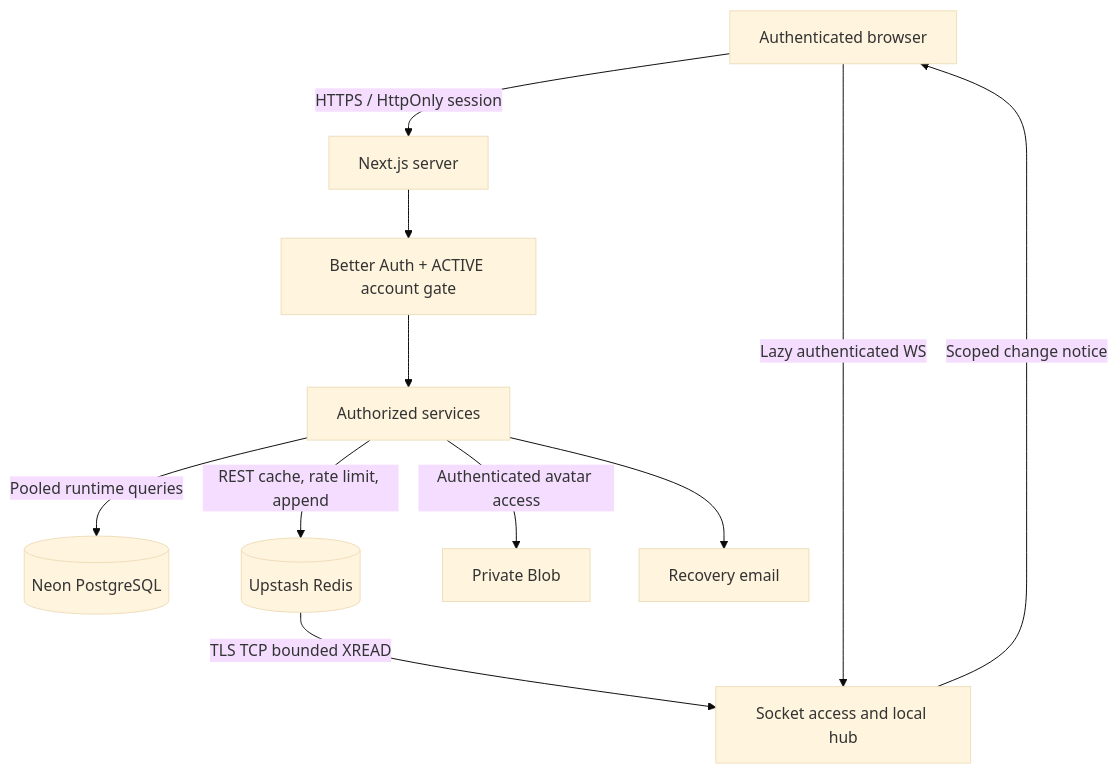
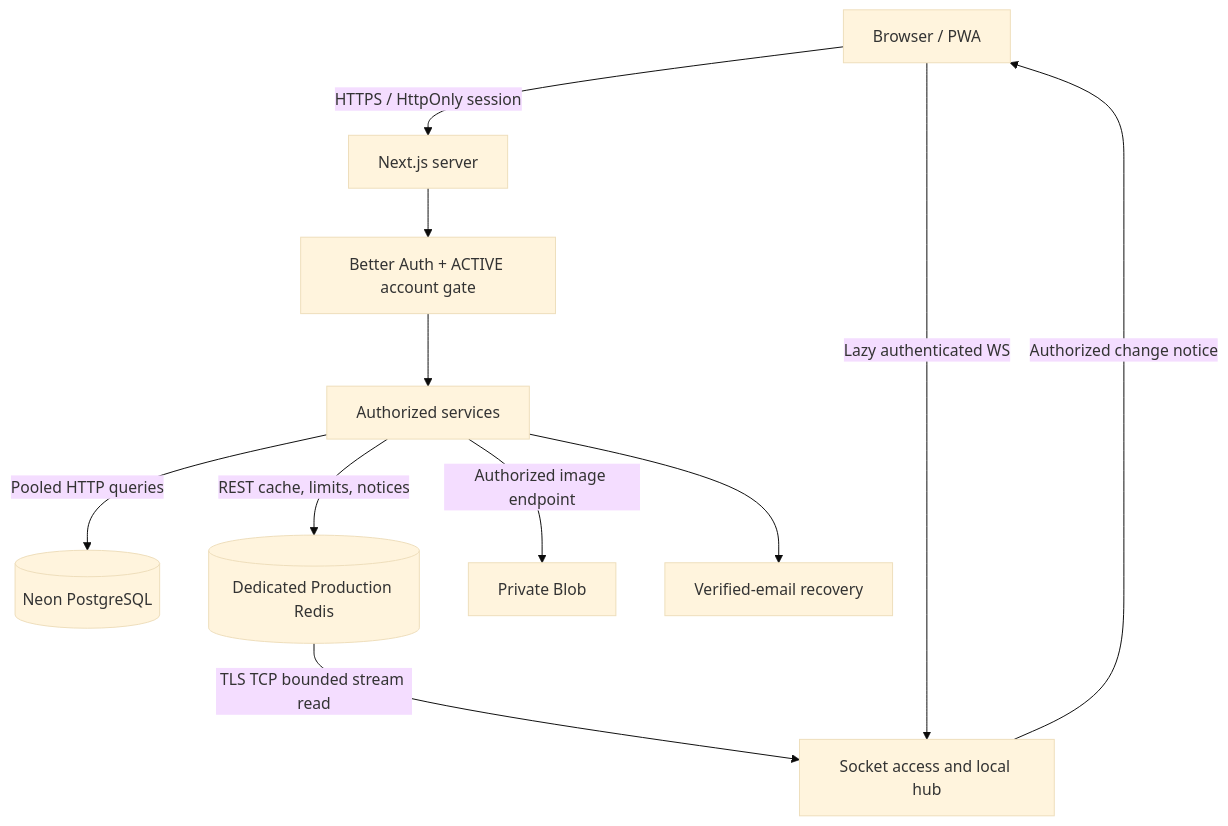
The first of 2 diagrams in docs/architecture/overview.md (hicham-4r/ims-network), drawn with Mermaid (base theme) before and after one commit. The commit also changed other lines of this file and 14 other files, not shown here.

````diff
--- a/docs/architecture/overview.md
+++ b/docs/architecture/overview.md
@@ -7,13 +7,13 @@
 ```mermaid
 flowchart TB
-  B[Authenticated browser] -->|HTTPS / HttpOnly session| N[Next.js server]
+  B[Browser / PWA] -->|HTTPS / HttpOnly session| N[Next.js server]
   N --> A[Better Auth + ACTIVE account gate]
   A --> Q[Authorized services]
-  Q -->|Pooled runtime queries| P[(Neon PostgreSQL)]
-  Q -->|REST cache, rate limit, append| R[(Upstash Redis)]
-  Q -->|Authenticated avatar access| V[Private Blob]
-  Q --> E[Recovery email]
+  Q -->|Pooled HTTP queries| P[(Neon PostgreSQL)]
+  Q -->|REST cache, limits, notices| R[(Dedicated Production Redis)]
+  Q -->|Authorized image endpoint| V[Private Blob]
+  Q --> E[Verified-email recovery]
   B -->|Lazy authenticated WS| W[Socket access and local hub]
-  R -->|TLS TCP bounded XREAD| W
-  W -->|Scoped change notice| B
+  R -->|TLS TCP bounded stream read| W
+  W -->|Authorized change notice| B
 ```
````
